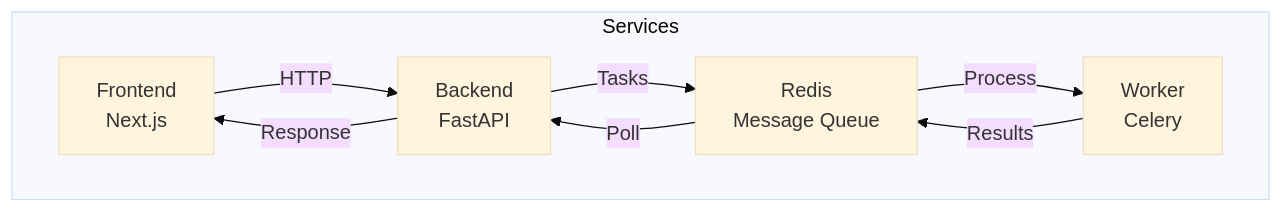
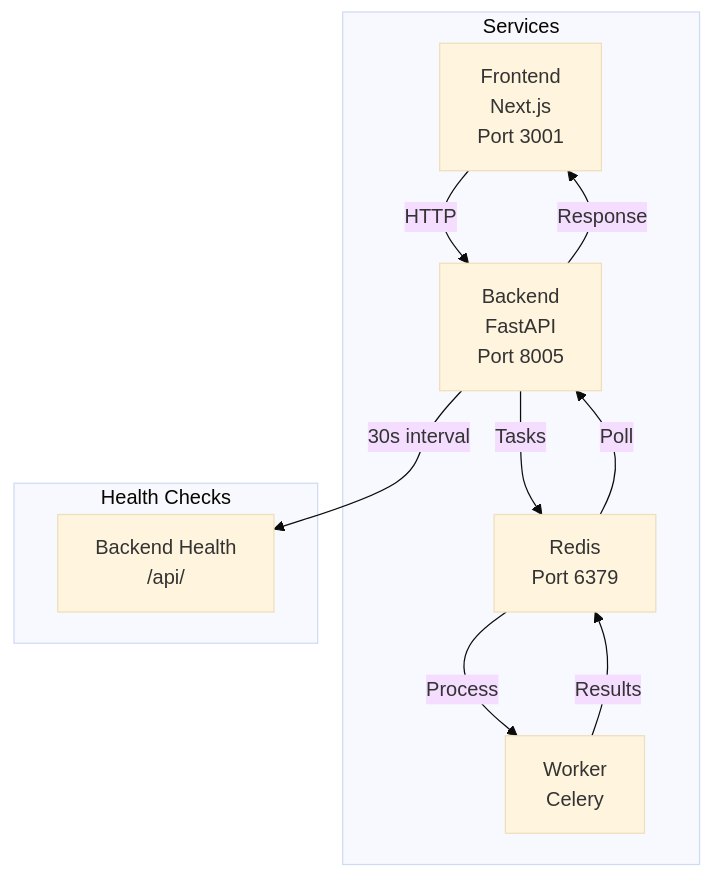
Before and after one commit to mgloder/personal-assistant-doc: the diagram in README.md, drawn with Mermaid (base theme). The commit also changed other lines of this file, not shown here.

````diff
--- a/README.md
+++ b/README.md
@@ -7,16 +7,20 @@
 ```mermaid
 graph TD
-    A[Frontend<br/>Next.js] -->|HTTP| B[Backend<br/>FastAPI]
-    B -->|Tasks| C[Redis<br/>Message Queue]
+    A[Frontend<br/>Next.js<br/>Port 3001] -->|HTTP| B[Backend<br/>FastAPI<br/>Port 8005]
+    B -->|Tasks| C[Redis<br/>Port 6379]
     C -->|Process| D[Worker<br/>Celery]
     D -->|Results| C
     C -->|Poll| B
     B -->|Response| A
 
     subgraph "Services"
         A
         B
         C
         D
     end
+
+    subgraph "Health Checks"
+        B -->|30s interval| E[Backend Health<br/>/api/]
+    end
 ```
````
